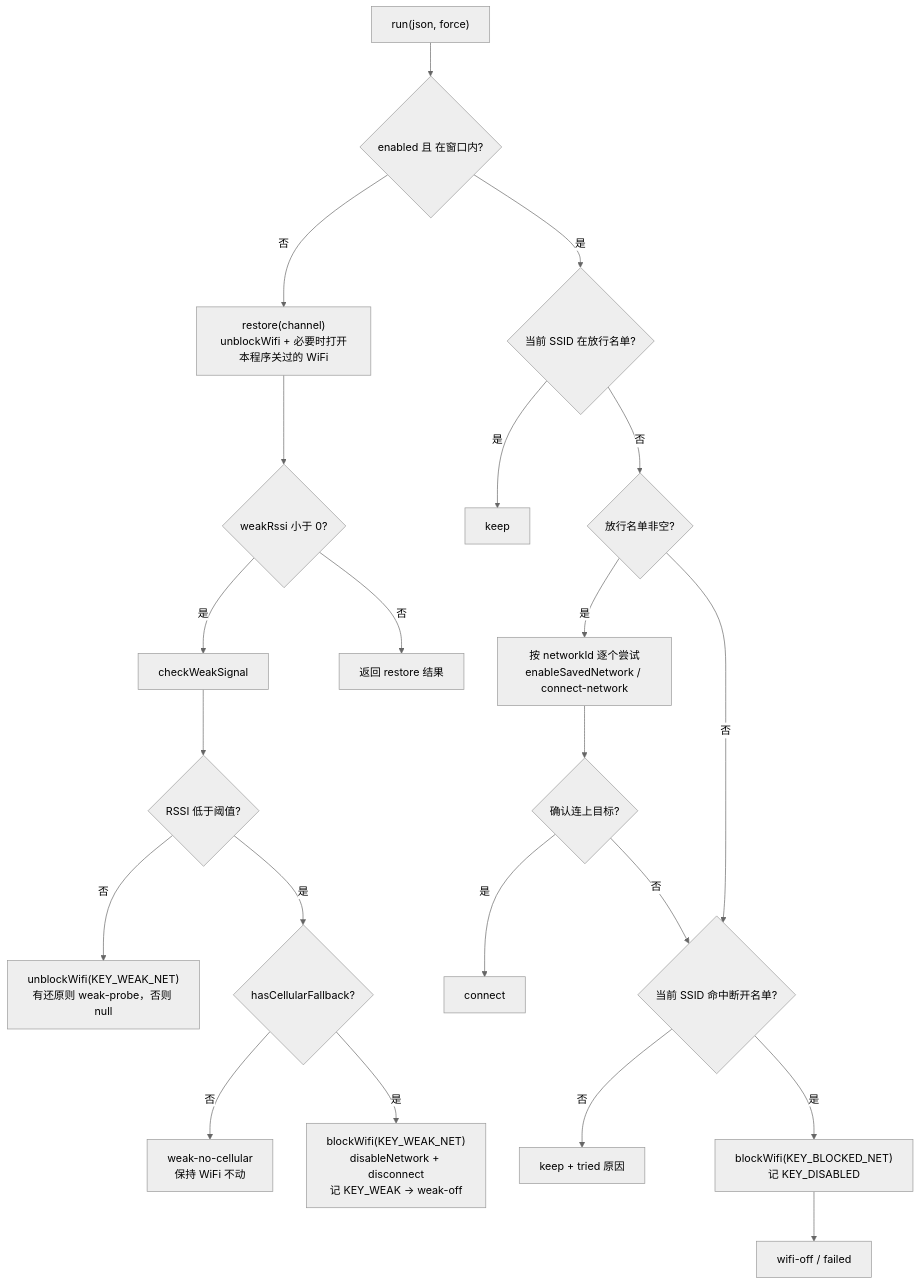
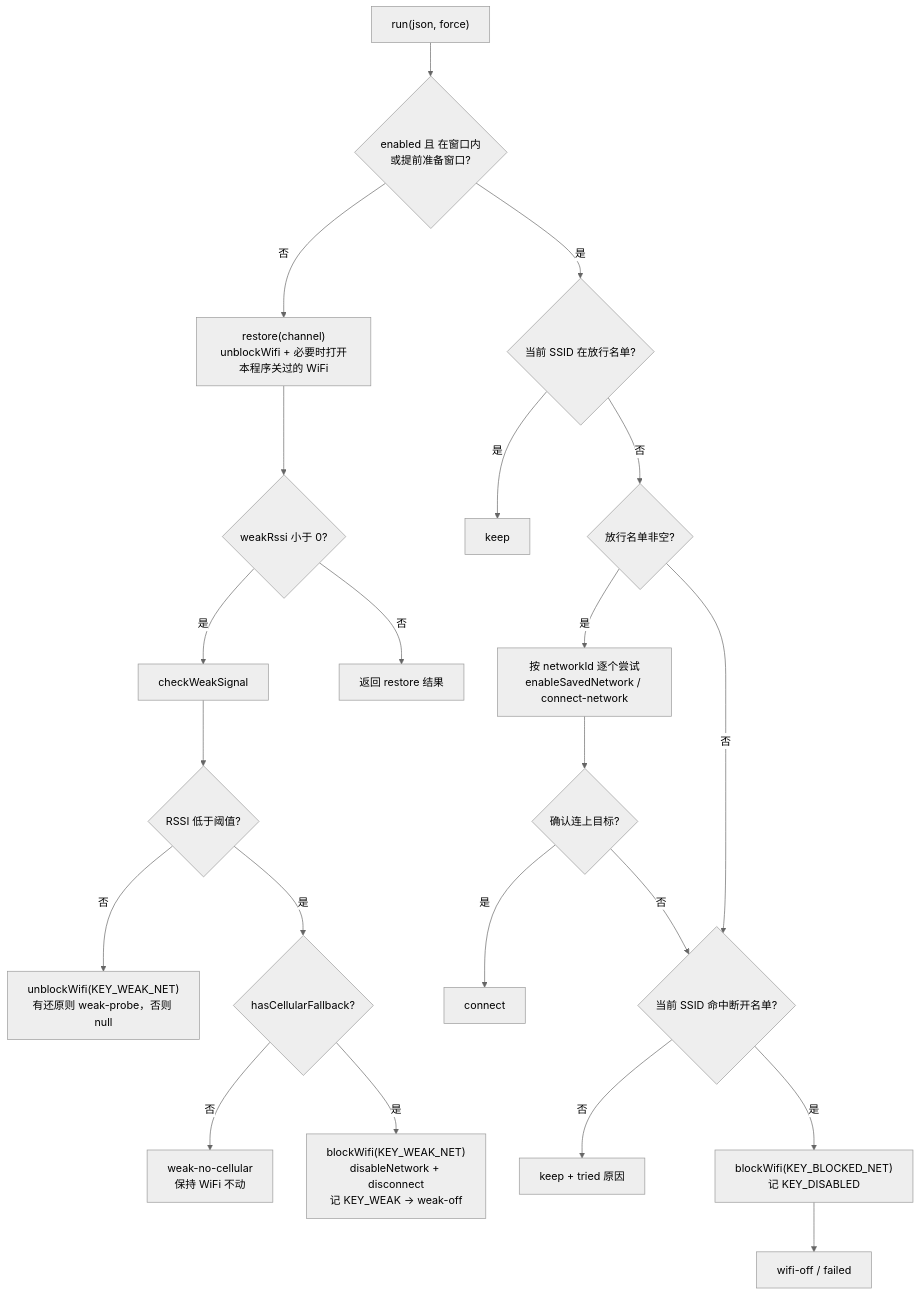
One commit to ikliml666/Wxxy-CampusLogin changed the fifth of 6 diagrams in .codewiki/modules/android-plugins-foreground-service.md. Above: the diagram before and after it, drawn with Mermaid (neutral theme). The commit also changed other lines of this file and 5 other files, not shown here.

````diff
--- a/.codewiki/modules/android-plugins-foreground-service.md
+++ b/.codewiki/modules/android-plugins-foreground-service.md
@@ -284,24 +285,24 @@
 ```mermaid
 flowchart TD
-    A["run(json, force)"] --> B{"enabled 且 在窗口内?"}
+    A["run(json, force)"] --> B{"enabled 且 在窗口内<br/>或提前准备窗口?"}
     B -->|否| C["restore(channel)<br/>unblockWifi + 必要时打开本程序关过的 WiFi"]
     C --> D{"weakRssi 小于 0?"}
     D -->|是| E["checkWeakSignal"]
     E --> E1{"RSSI 低于阈值?"}
     E1 -->|否| E4["unblockWifi(KEY_WEAK_NET)<br/>有还原则 weak-probe，否则 null"]
     E1 -->|是| E5{"hasCellularFallback?"}
     E5 -->|否| E2["weak-no-cellular<br/>保持 WiFi 不动"]
     E5 -->|是| E3["blockWifi(KEY_WEAK_NET)<br/>disableNetwork + disconnect<br/>记 KEY_WEAK → weak-off"]
     D -->|否| F["返回 restore 结果"]
     B -->|是| G{"当前 SSID 在放行名单?"}
     G -->|是| H["keep"]
     G -->|否| I{"放行名单非空?"}
     I -->|是| J["按 networkId 逐个尝试<br/>enableSavedNetwork / connect-network"]
     J --> K{"确认连上目标?"}
     K -->|是| L["connect"]
     K -->|否| M{"当前 SSID 命中断开名单?"}
     I -->|否| M
     M -->|否| N["keep + tried 原因"]
     M -->|是| O["blockWifi(KEY_BLOCKED_NET)<br/>记 KEY_DISABLED"]
     O --> P["wifi-off / failed"]
 ```
````
